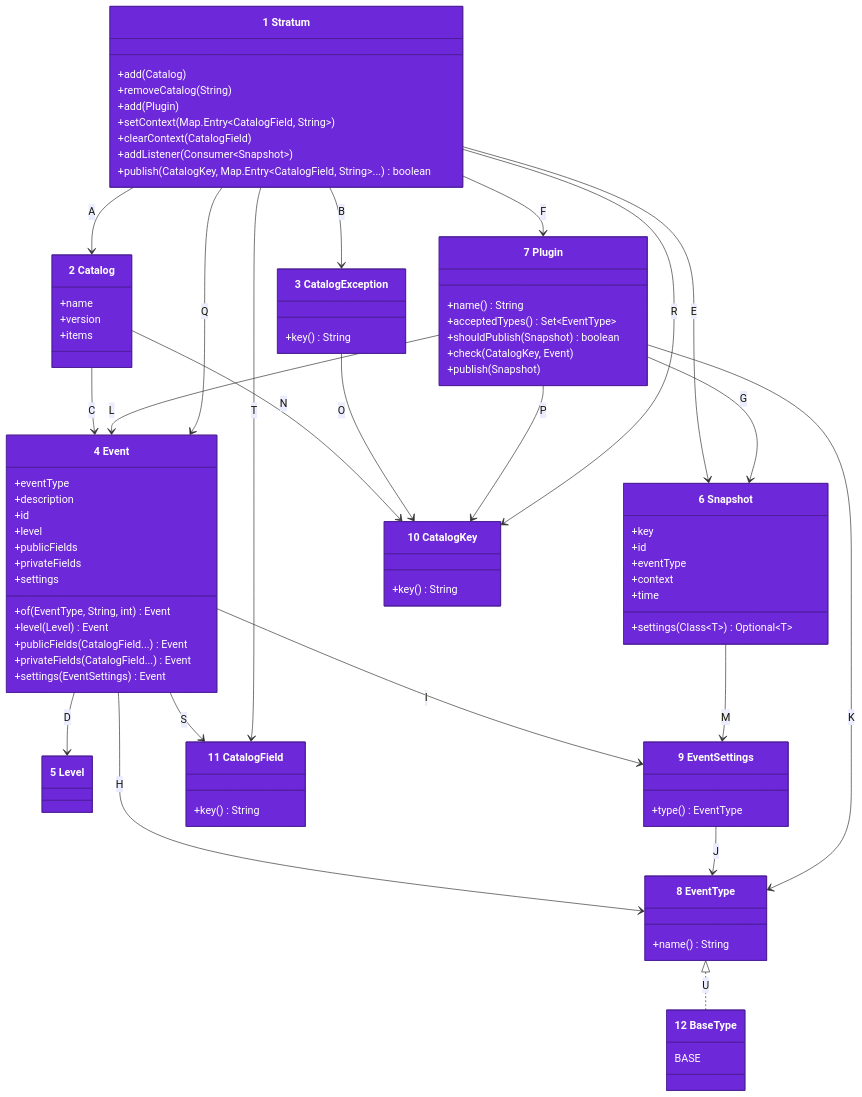
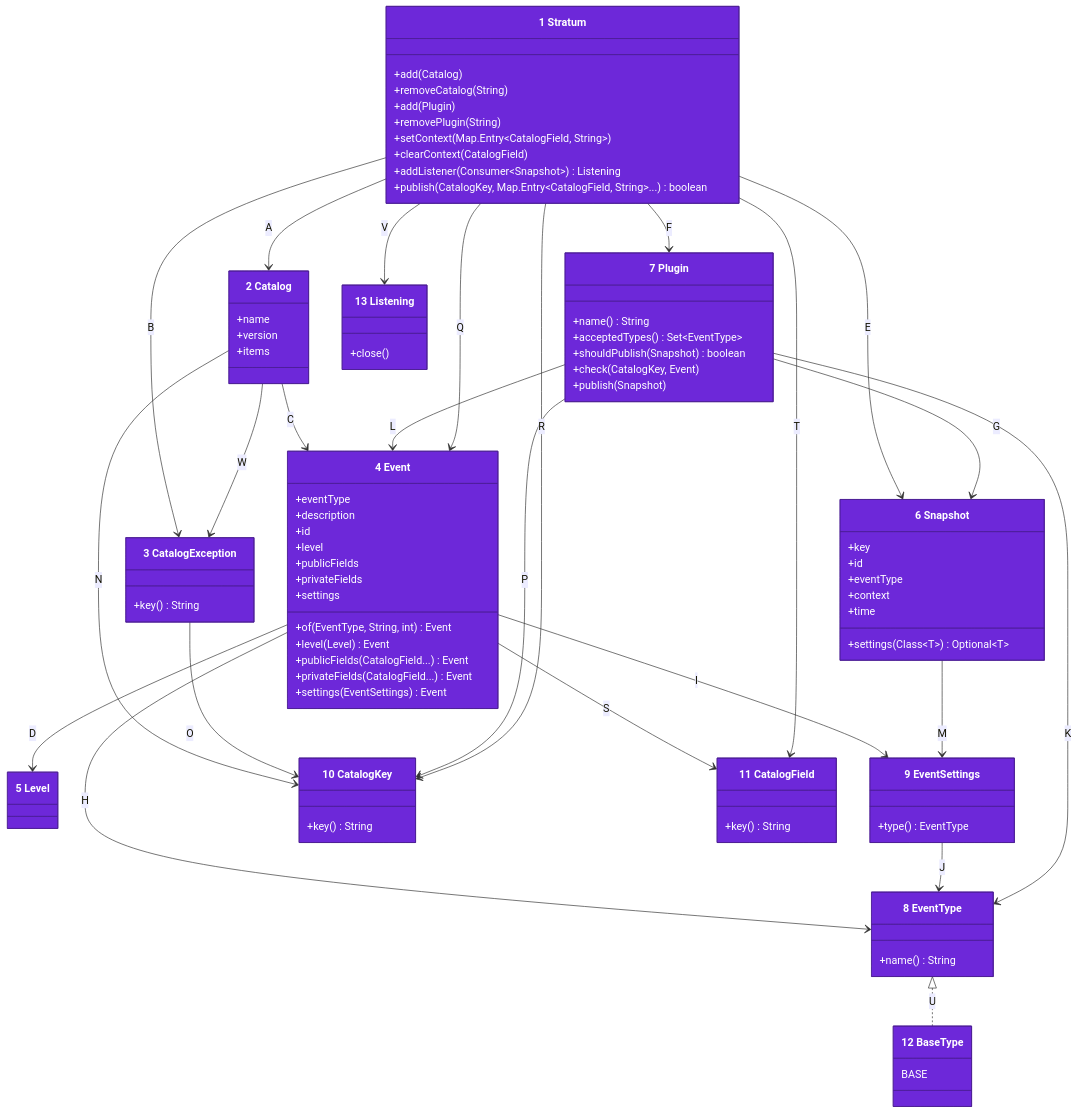
The first of 2 diagrams in docs/architecture/04-code.md (may-journal/Stratum-Observability-Java), drawn with Mermaid before and after one commit. The commit also changed other lines of this file and 11 other files, not shown here.

First line of the commit message:
feat(core): remove a plugin by name and a listener by its handle (#35)

````diff
--- a/docs/architecture/04-code.md
+++ b/docs/architecture/04-code.md
@@ -8,9 +8,10 @@
         +add(Catalog)
         +removeCatalog(String)
         +add(Plugin)
+        +removePlugin(String)
         +setContext(Map.Entry~CatalogField, String~)
         +clearContext(CatalogField)
-        +addListener(Consumer~Snapshot~)
+        +addListener(Consumer~Snapshot~) Listening
         +publish(CatalogKey, Map.Entry~CatalogField, String~...) boolean
     }
     class Catalog["2 Catalog"] {
@@ -66,6 +67,9 @@
     class BaseType["12 BaseType"] {
         BASE
     }
+    class Listening["13 Listening"] {
+        +close()
+    }
 
     Stratum --> Catalog : A
     Stratum --> CatalogException : B
@@ -88,6 +92,8 @@
     Event --> CatalogField : S
     Stratum --> CatalogField : T
     EventType <|.. BaseType : U
+    Stratum --> Listening : V
+    Catalog --> CatalogException : W
 
     style Stratum fill:#6d28d9,stroke:#4c1d95,color:#ffffff
     style Catalog fill:#6d28d9,stroke:#4c1d95,color:#ffffff
@@ -101,4 +107,5 @@
     style CatalogKey fill:#6d28d9,stroke:#4c1d95,color:#ffffff
     style CatalogField fill:#6d28d9,stroke:#4c1d95,color:#ffffff
     style BaseType fill:#6d28d9,stroke:#4c1d95,color:#ffffff
+    style Listening fill:#6d28d9,stroke:#4c1d95,color:#ffffff
 ```
````
